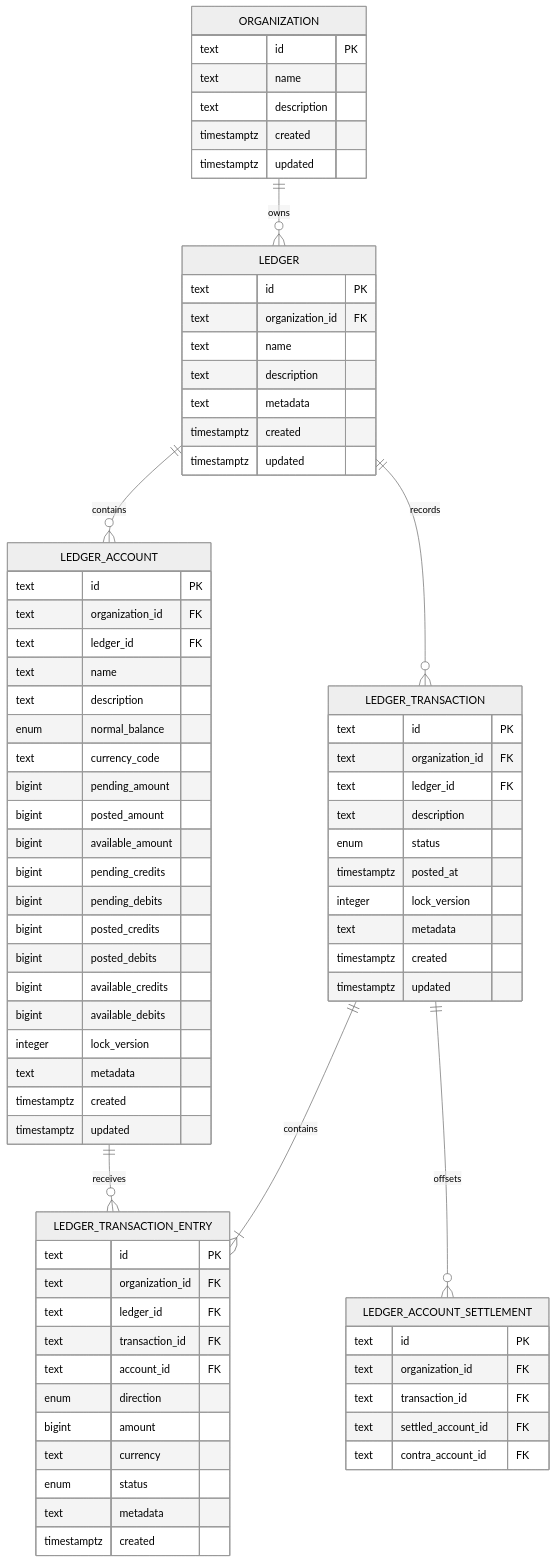
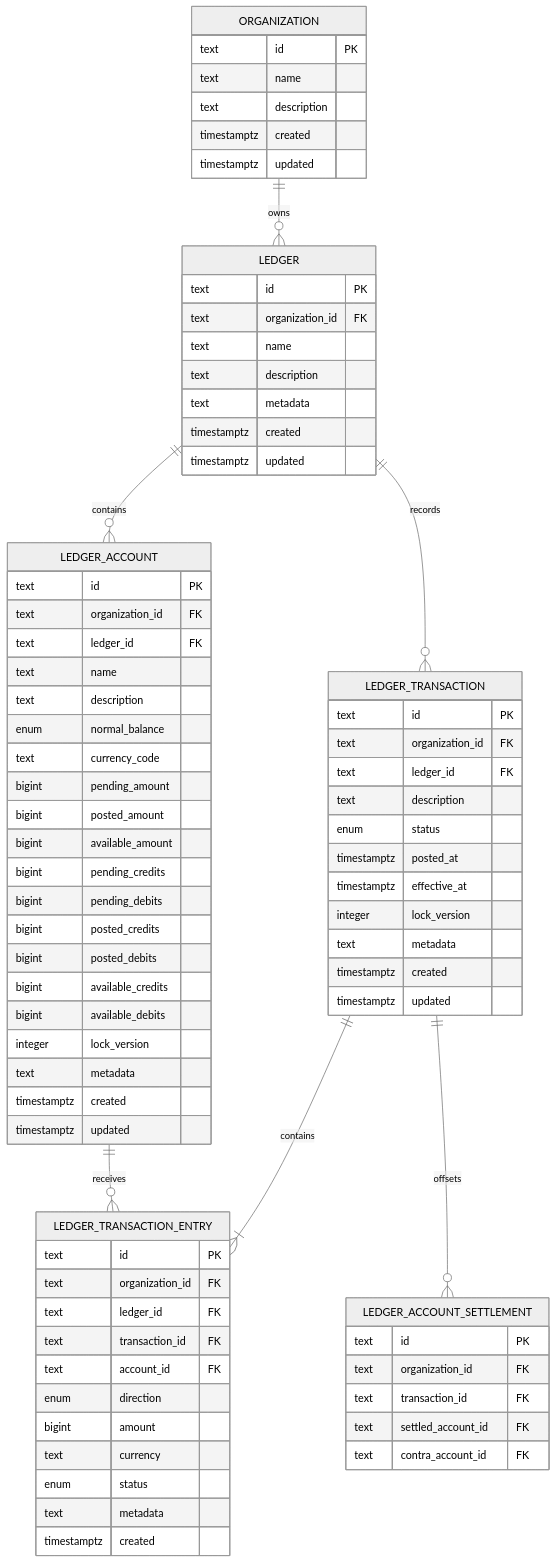
The diagram in apps/api/docs/product/erd.md (martinffx/exchequerio), drawn with Mermaid (neutral theme) before and after one commit. The commit also changed other lines of this file and 17 other files, not shown here.

```diff
--- a/apps/api/docs/product/erd.md
+++ b/apps/api/docs/product/erd.md
@@ -53,6 +53,7 @@
         text description
         enum status
         timestamptz posted_at
+        timestamptz effective_at
         integer lock_version
         text metadata
         timestamptz created
```
